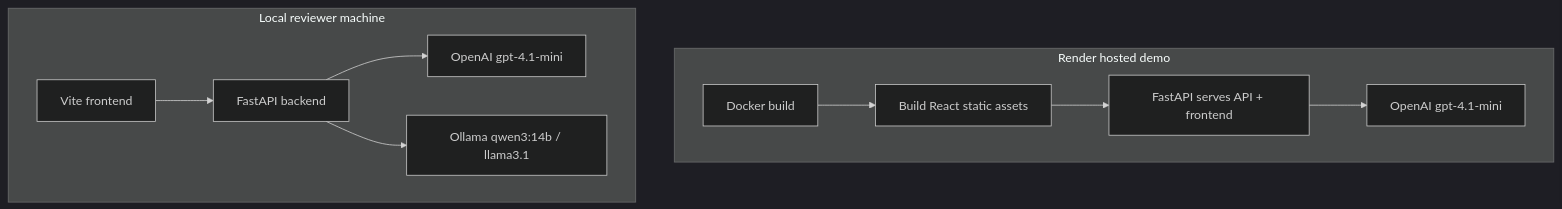
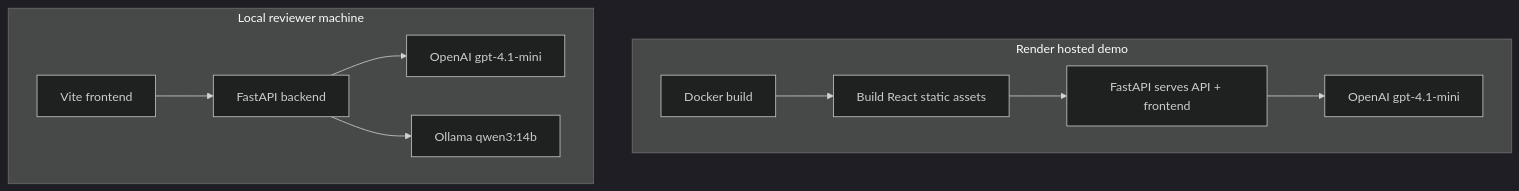
The sixth of 6 diagrams in docs/ARCHITECTURE.md (vrize-poc-demo/evidence-alpha), drawn with Mermaid (dark theme) before and after one commit. The commit also changed other lines of this file and 21 other files, not shown here.

Commit message:
Use Qwen as sole local model

````diff
--- a/docs/ARCHITECTURE.md
+++ b/docs/ARCHITECTURE.md
@@ -139,14 +138,14 @@
 ```mermaid
 flowchart TB
     subgraph Render["Render hosted demo"]
         Docker["Docker build"] --> ReactBuild["Build React static assets"]
         ReactBuild --> FastAPI["FastAPI serves API + frontend"]
         FastAPI --> OpenAI["OpenAI gpt-4.1-mini"]
     end
 
     subgraph Local["Local reviewer machine"]
         LocalReact["Vite frontend"] --> LocalAPI["FastAPI backend"]
         LocalAPI --> LocalOpenAI["OpenAI gpt-4.1-mini"]
-        LocalAPI --> LocalOllama["Ollama qwen3:14b / llama3.1"]
+        LocalAPI --> LocalOllama["Ollama qwen3:14b"]
     end
 ```
````
